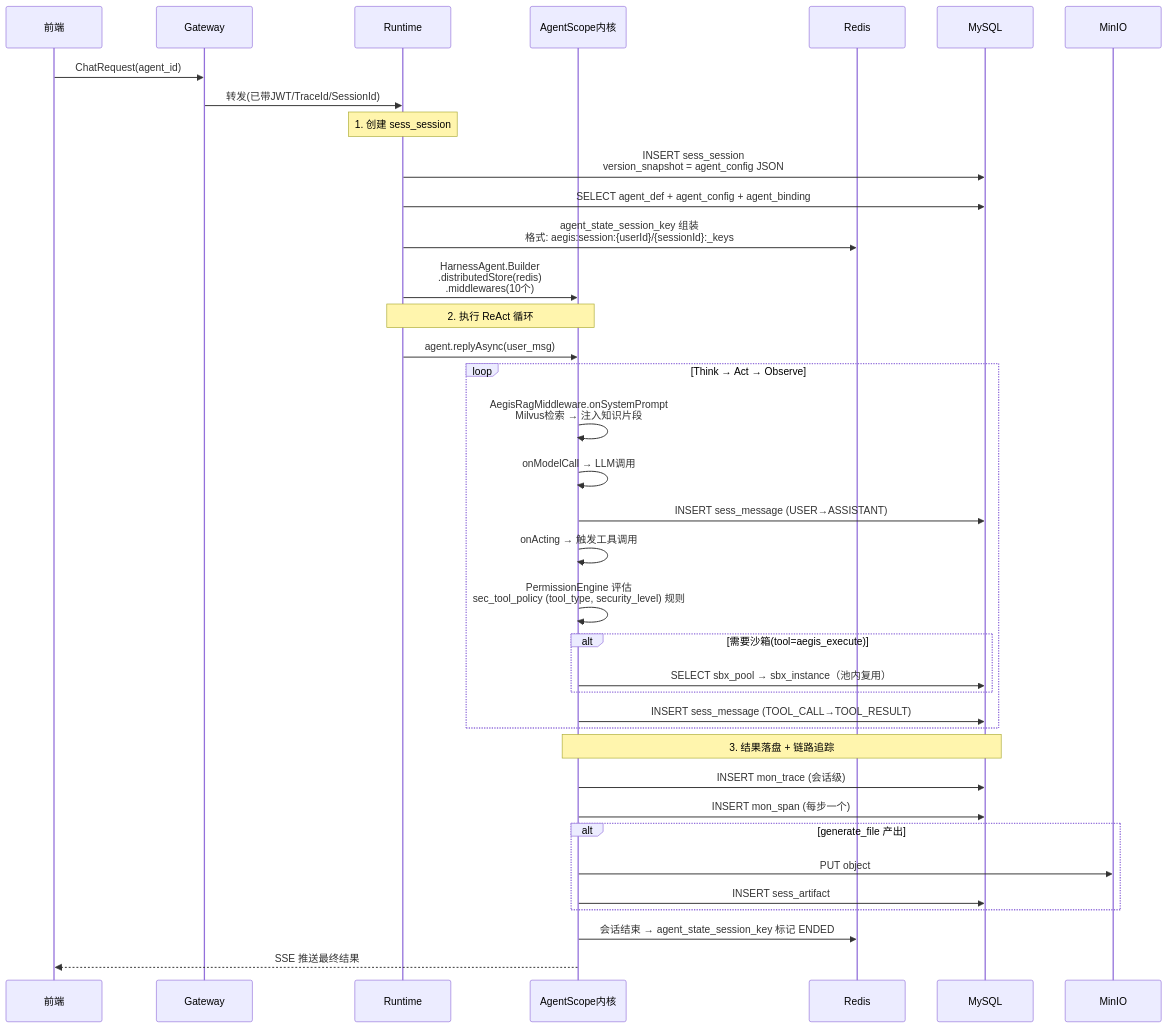
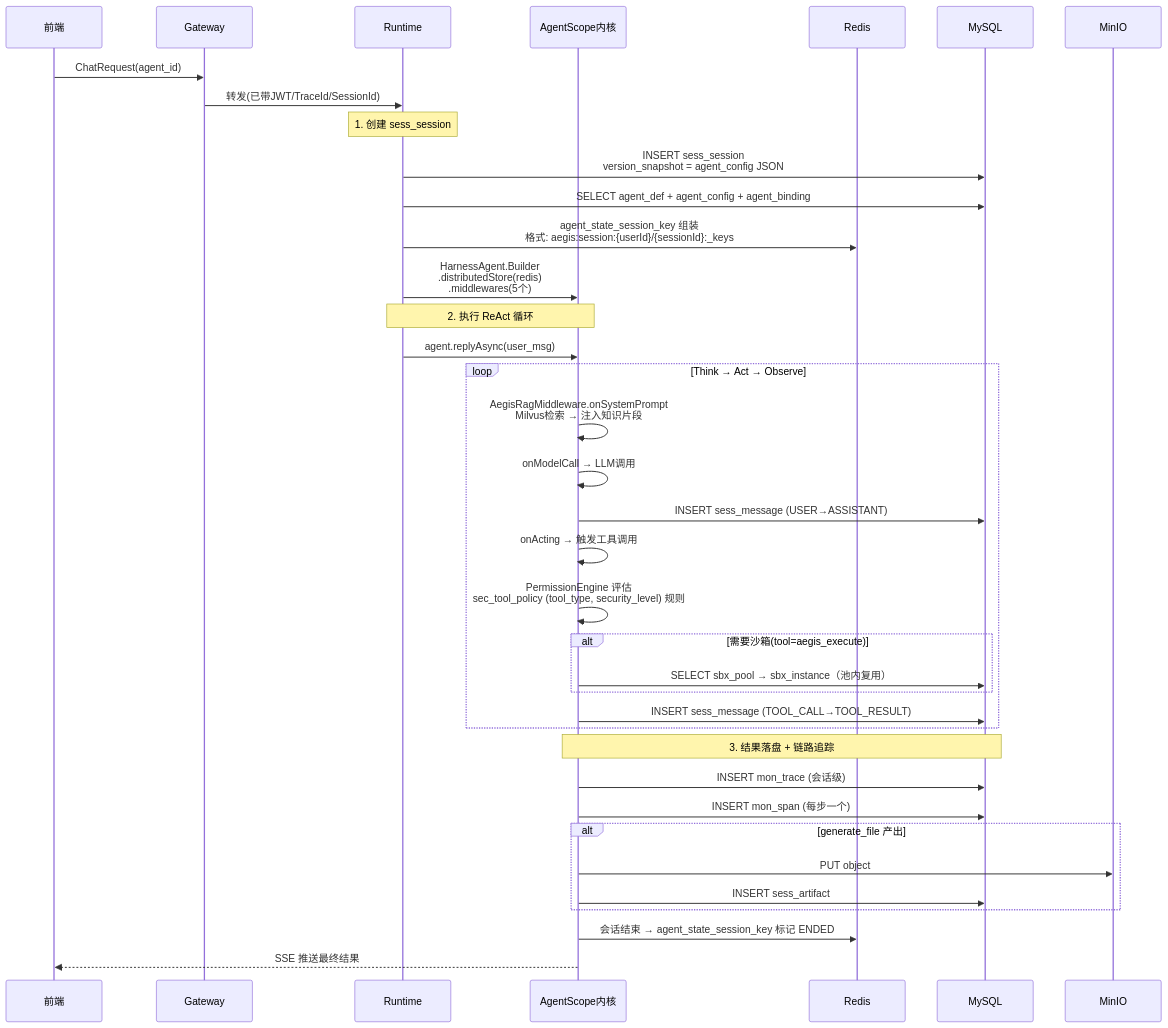
Before and after one commit to HarnessAgentStack/AegisAgent: the seventh of 18 diagrams in docs/data-model.md, drawn with Mermaid. The commit also changed other lines of this file and 69 other files, not shown here.

````diff
--- a/docs/data-model.md
+++ b/docs/data-model.md
@@ -363,43 +363,43 @@
 ```mermaid
 sequenceDiagram
     participant FE as 前端
     participant GW as Gateway
     participant RT as Runtime
     participant AS as AgentScope内核
     participant Redis as Redis
     participant MySQL as MySQL
     participant MinIO as MinIO
 
     FE->>GW: ChatRequest(agent_id)
     GW->>RT: 转发(已带JWT/TraceId/SessionId)
 
     Note over RT: 1. 创建 sess_session
     RT->>MySQL: INSERT sess_session<br/>version_snapshot = agent_config JSON
     RT->>MySQL: SELECT agent_def + agent_config + agent_binding
     RT->>Redis: agent_state_session_key 组装<br/>格式: aegis:session:{userId}/{sessionId}:_keys
-    RT->>AS: HarnessAgent.Builder<br/>.distributedStore(redis)<br/>.middlewares(10个)
+    RT->>AS: HarnessAgent.Builder<br/>.distributedStore(redis)<br/>.middlewares(5个)
 
     Note over RT,AS: 2. 执行 ReAct 循环
     RT->>AS: agent.replyAsync(user_msg)
     loop Think → Act → Observe
         AS->>AS: AegisRagMiddleware.onSystemPrompt<br/>Milvus检索 → 注入知识片段
         AS->>AS: onModelCall → LLM调用
         AS->>MySQL: INSERT sess_message (USER→ASSISTANT)
         AS->>AS: onActing → 触发工具调用
         AS->>AS: PermissionEngine 评估<br/>sec_tool_policy (tool_type, security_level) 规则
         alt 需要沙箱(tool=aegis_execute)
             AS->>MySQL: SELECT sbx_pool → sbx_instance（池内复用）
         end
         AS->>MySQL: INSERT sess_message (TOOL_CALL→TOOL_RESULT)
     end
 
     Note over AS,MySQL: 3. 结果落盘 + 链路追踪
     AS->>MySQL: INSERT mon_trace (会话级)
     AS->>MySQL: INSERT mon_span (每步一个)
     alt generate_file 产出
         AS->>MinIO: PUT object
         AS->>MySQL: INSERT sess_artifact
     end
     AS->>Redis: 会话结束 → agent_state_session_key 标记 ENDED
     AS-->>FE: SSE 推送最终结果
 ```
````
